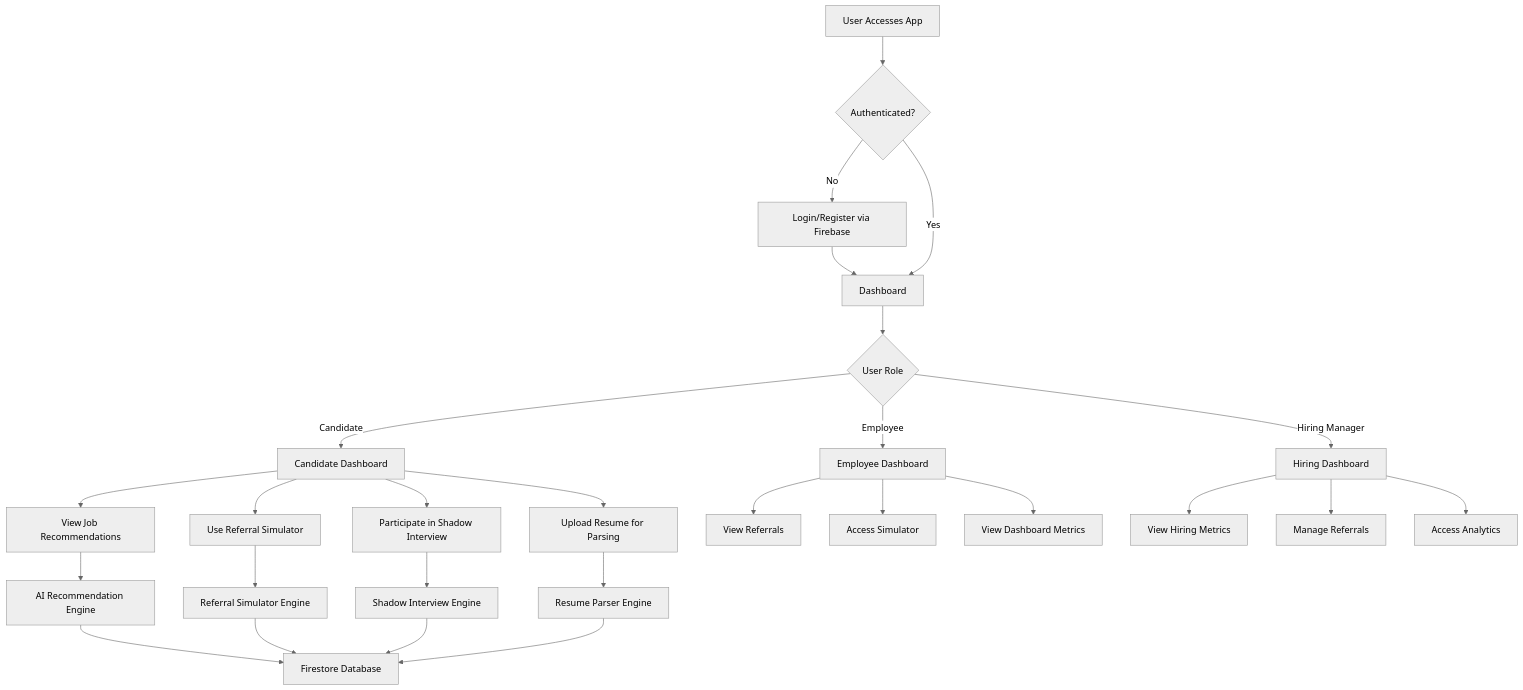
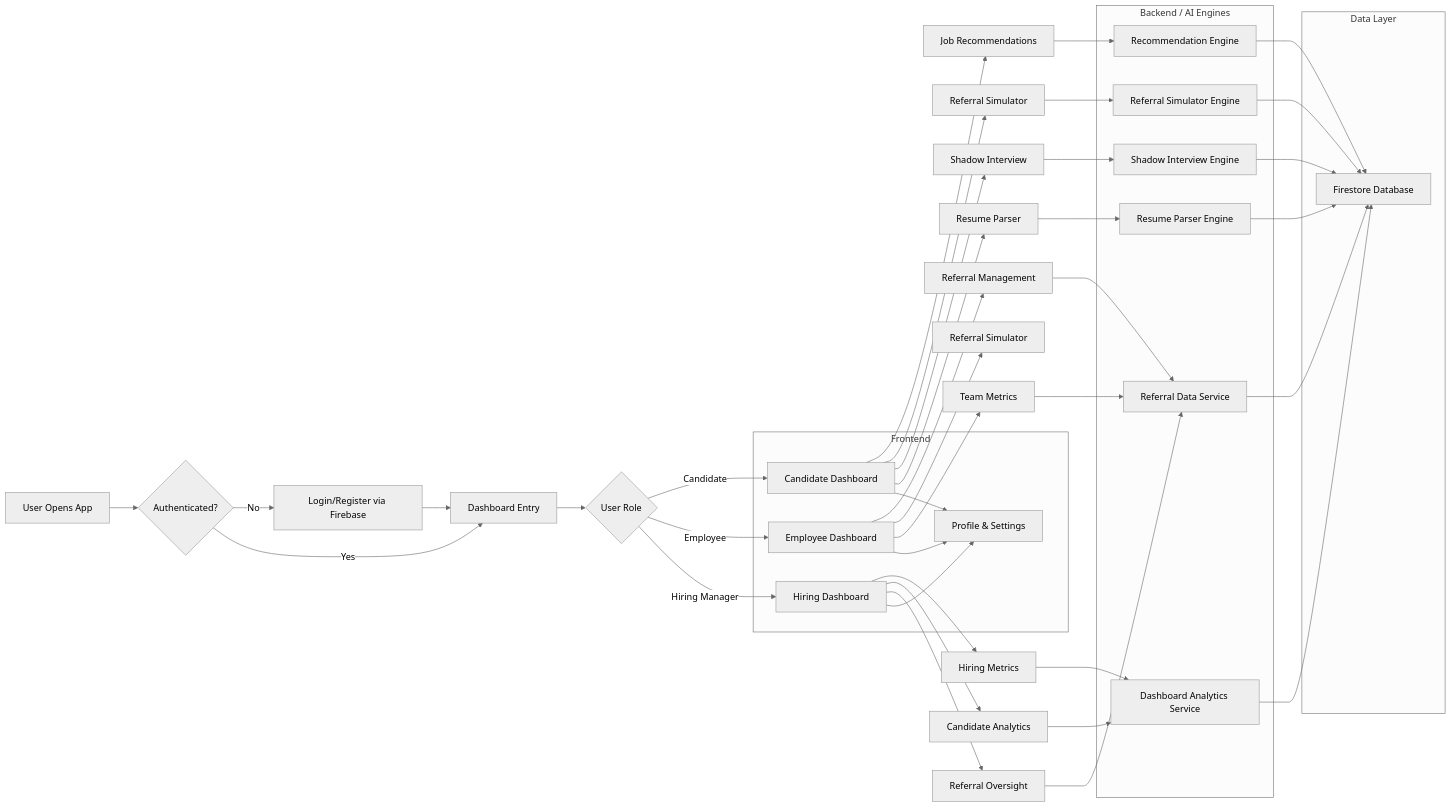
The diagram in README.md (JavaTypedScript/REFHIRE), drawn with Mermaid (neutral theme) before and after one commit. The commit also changed other lines of this file, not shown here.

Commit message:
readme update

````diff
--- a/README.md
+++ b/README.md
@@ -48,34 +48,66 @@
 ```mermaid
-flowchart TD
-    A[User Accesses App] --> B{Authenticated?}
+flowchart LR
+    A[User Opens App] --> B{Authenticated?}
     B -->|No| C[Login/Register via Firebase]
-    C --> D[Dashboard]
-    B -->|Yes| D
+    B -->|Yes| D[Dashboard Entry]
+    C --> D
+
     D --> E{User Role}
     E -->|Candidate| F[Candidate Dashboard]
     E -->|Employee| G[Employee Dashboard]
     E -->|Hiring Manager| H[Hiring Dashboard]
-    
-    F --> I[View Job Recommendations]
-    F --> J[Use Referral Simulator]
-    F --> K[Participate in Shadow Interview]
-    F --> L[Upload Resume for Parsing]
-    
-    G --> M[View Referrals]
-    G --> N[Access Simulator]
-    G --> O[View Dashboard Metrics]
-    
-    H --> P[View Hiring Metrics]
-    H --> Q[Manage Referrals]
-    H --> R[Access Analytics]
-    
-    I --> S[AI Recommendation Engine]
+
+    F --> I[Job Recommendations]
+    F --> J[Referral Simulator]
+    F --> K[Shadow Interview]
+    F --> L[Resume Parser]
+    F --> X[Profile & Settings]
+
+    G --> M[Referral Management]
+    G --> N[Referral Simulator]
+    G --> O[Team Metrics]
+    G --> X
+
+    H --> P[Hiring Metrics]
+    H --> Q[Candidate Analytics]
+    H --> R[Referral Oversight]
+    H --> X
+
+    I --> S[Recommendation Engine]
     J --> T[Referral Simulator Engine]
     K --> U[Shadow Interview Engine]
     L --> V[Resume Parser Engine]
-    
+
+    M --> Y[Referral Data Service]
+    O --> Y
+    P --> Z[Dashboard Analytics Service]
+    Q --> Z
+    R --> Y
+
     S --> W[Firestore Database]
     T --> W
     U --> W
     V --> W
+    Y --> W
+    Z --> W
+
+    subgraph FE[Frontend]
+      F
+      G
+      H
+      X
+    end
+
+    subgraph BE[Backend / AI Engines]
+      S
+      T
+      U
+      V
+      Y
+      Z
+    end
+
+    subgraph DB[Data Layer]
+      W
+    end
 ```
````
